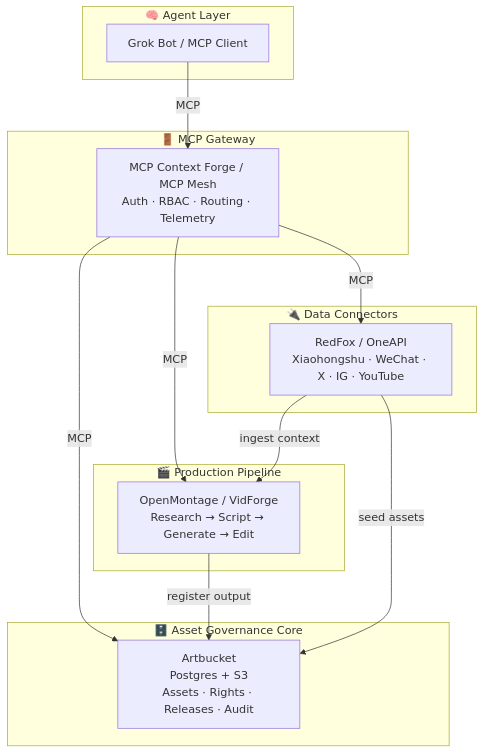
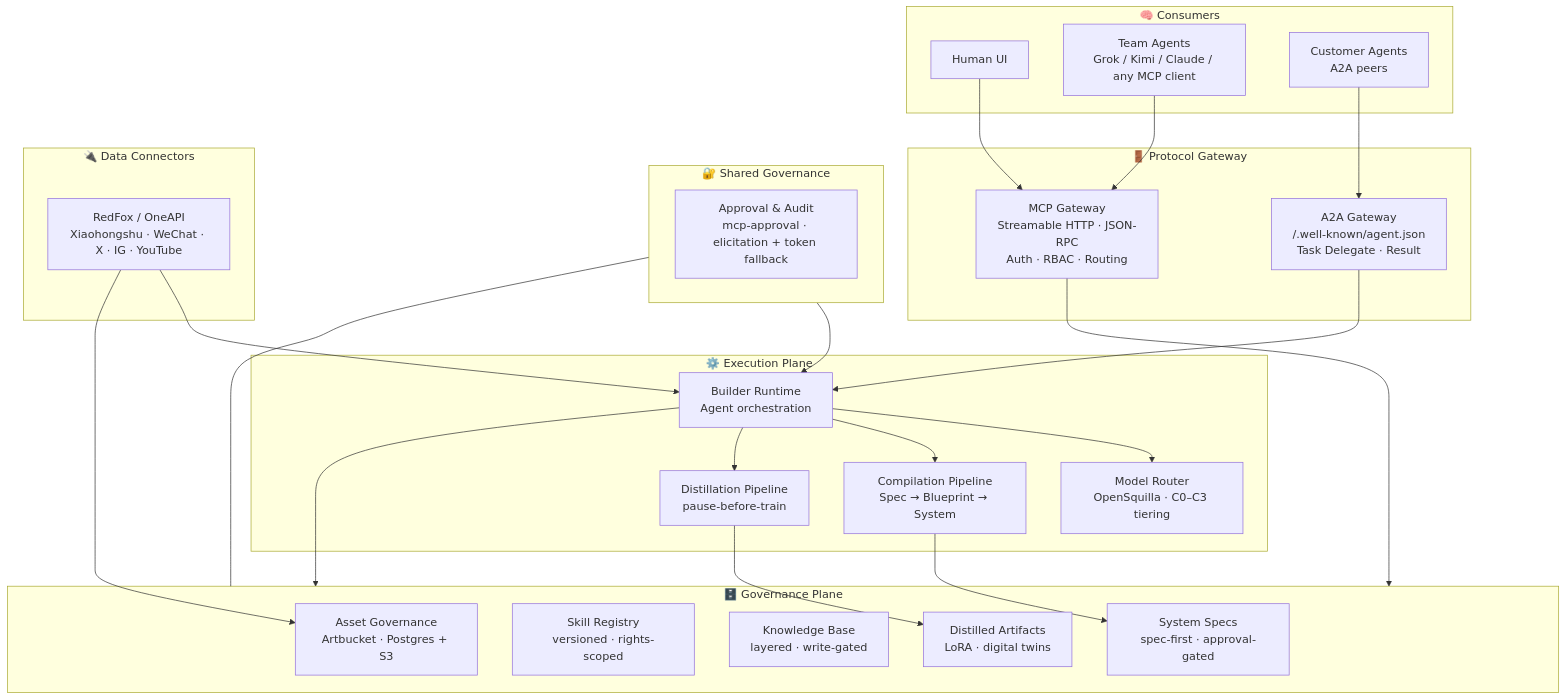
Before and after one commit to vfvincentwong2026/ai-native-dam: the diagram in README.md, drawn with Mermaid. The commit also changed other lines of this file, not shown here.

````diff
--- a/README.md
+++ b/README.md
@@ -60,30 +66,52 @@
 ```mermaid
 flowchart TB
-    subgraph Agent["🧠 Agent Layer"]
-        GB["Grok Bot / MCP Client"]
+    subgraph Consumers["🧠 Consumers"]
+        HA["Human UI"]
+        TA["Team Agents<br/>Grok / Kimi / Claude / any MCP client"]
+        CA["Customer Agents<br/>A2A peers"]
     end
 
-    subgraph Gateway["🚪 MCP Gateway"]
-        GW["MCP Context Forge / MCP Mesh<br/>Auth · RBAC · Routing · Telemetry"]
+    subgraph Gateway["🚪 Protocol Gateway"]
+        MCP_GW["MCP Gateway<br/>Streamable HTTP · JSON-RPC<br/>Auth · RBAC · Routing"]
+        A2A_GW["A2A Gateway<br/>/.well-known/agent.json<br/>Task Delegate · Result"]
     end
 
-    subgraph Core["🗄️ Asset Governance Core"]
-        AB["Artbucket<br/>Postgres + S3<br/>Assets · Rights · Releases · Audit"]
+    subgraph Govern["🗄️ Governance Plane"]
+        AB["Asset Governance<br/>Artbucket · Postgres + S3"]
+        SR["Skill Registry<br/>versioned · rights-scoped"]
+        KB["Knowledge Base<br/>layered · write-gated"]
+        SS["System Specs<br/>spec-first · approval-gated"]
+        DT["Distilled Artifacts<br/>LoRA · digital twins"]
     end
 
-    subgraph Production["🎬 Production Pipeline"]
-        OM["OpenMontage / VidForge<br/>Research → Script → Generate → Edit"]
+    subgraph Shared["🔐 Shared Governance"]
+        AP["Approval & Audit<br/>mcp-approval · elicitation + token fallback"]
+    end
+
+    subgraph Runtime["⚙️ Execution Plane"]
+        BR["Builder Runtime<br/>Agent orchestration"]
+        MR["Model Router<br/>OpenSquilla · C0–C3 tiering"]
+        CP["Compilation Pipeline<br/>Spec → Blueprint → System"]
+        DP["Distillation Pipeline<br/>pause-before-train"]
     end
 
     subgraph Connectors["🔌 Data Connectors"]
         RF["RedFox / OneAPI<br/>Xiaohongshu · WeChat · X · IG · YouTube"]
     end
 
-    GB -->|MCP| GW
-    GW -->|MCP| AB
-    GW -->|MCP| OM
-    GW -->|MCP| RF
-    OM -->|register output| AB
-    RF -->|ingest context| OM
-    RF -->|seed assets| AB
+    HA --> MCP_GW
+    TA --> MCP_GW
+    CA --> A2A_GW
+    MCP_GW --> Govern
+    A2A_GW --> BR
+    Govern --- Shared
+    Shared --> BR
+    BR --> MR
+    BR --> CP
+    BR --> DP
+    CP --> SS
+    DP --> DT
+    BR --> Govern
+    RF --> BR
+    RF --> AB
 ```
````
